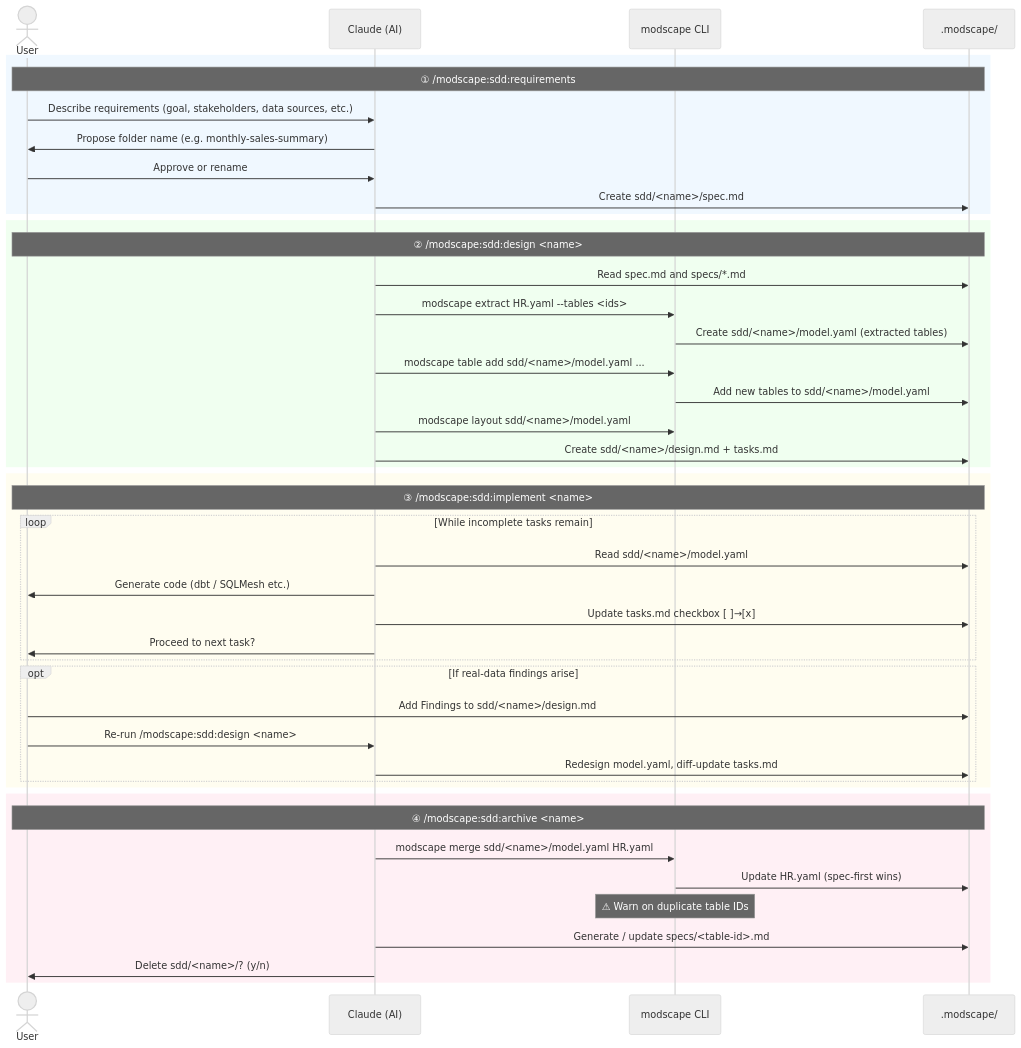
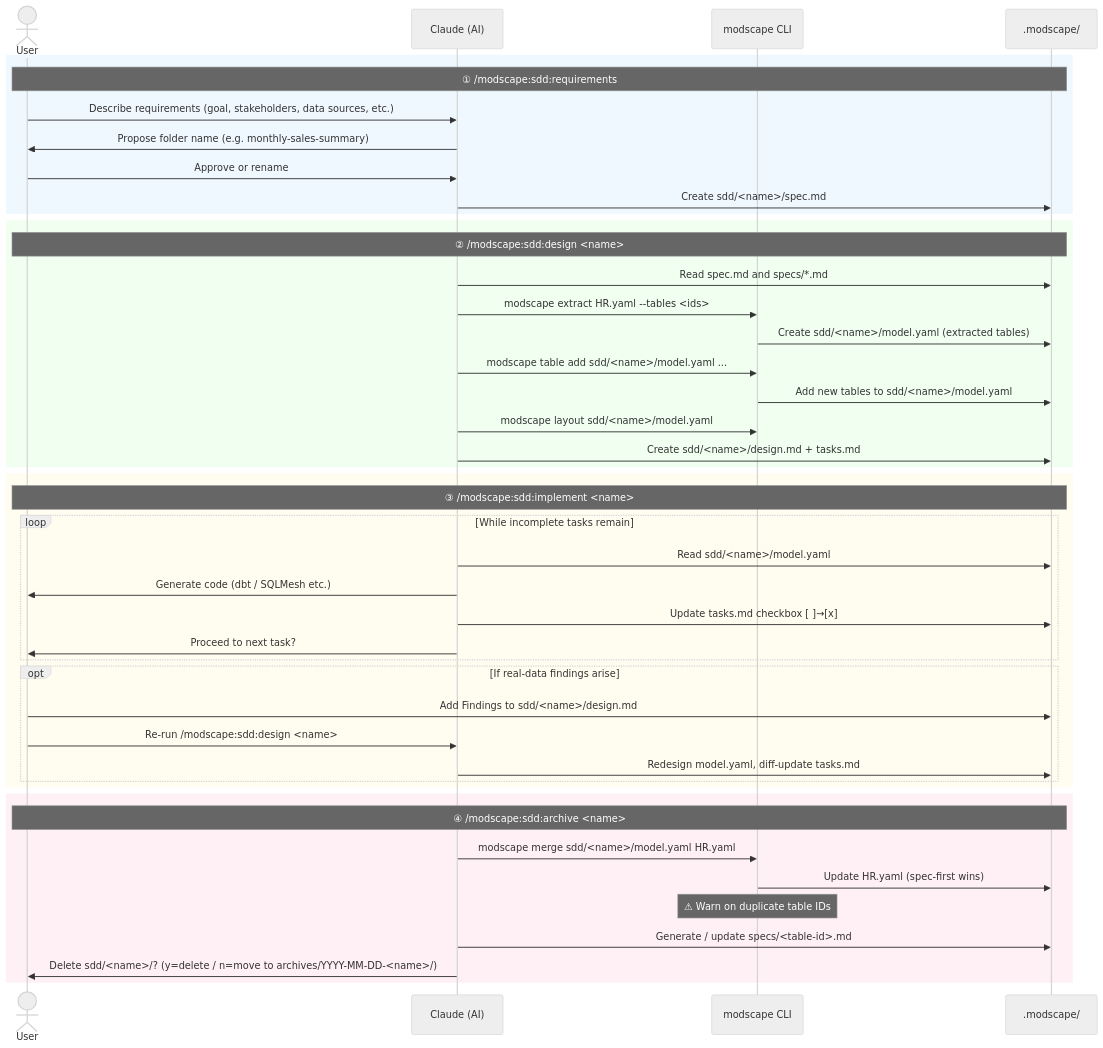
Before and after one commit to yujikawa/modscape: the diagram in README.md, drawn with Mermaid (neutral theme). The commit also changed other lines of this file and 2 other files, not shown here.

Commit message:
Modify archive

````diff
--- a/README.md
+++ b/README.md
@@ -561,50 +561,50 @@
 ```mermaid
 sequenceDiagram
     actor User
     participant AI as Claude (AI)
     participant CLI as modscape CLI
     participant FS as .modscape/
 
     rect rgb(240, 248, 255)
         Note over User,FS: ① /modscape:sdd:requirements
         User->>AI: Describe requirements (goal, stakeholders, data sources, etc.)
         AI->>User: Propose folder name (e.g. monthly-sales-summary)
         User->>AI: Approve or rename
         AI->>FS: Create sdd/<name>/spec.md
     end
 
     rect rgb(240, 255, 240)
         Note over User,FS: ② /modscape:sdd:design <name>
         AI->>FS: Read spec.md and specs/*.md
         AI->>CLI: modscape extract HR.yaml --tables <ids>
         CLI->>FS: Create sdd/<name>/model.yaml (extracted tables)
         AI->>CLI: modscape table add sdd/<name>/model.yaml ...
         CLI->>FS: Add new tables to sdd/<name>/model.yaml
         AI->>CLI: modscape layout sdd/<name>/model.yaml
         AI->>FS: Create sdd/<name>/design.md + tasks.md
     end
 
     rect rgb(255, 253, 240)
         Note over User,FS: ③ /modscape:sdd:implement <name>
         loop While incomplete tasks remain
             AI->>FS: Read sdd/<name>/model.yaml
             AI->>User: Generate code (dbt / SQLMesh etc.)
             AI->>FS: Update tasks.md checkbox [ ]→[x]
             AI->>User: Proceed to next task?
         end
         opt If real-data findings arise
             User->>FS: Add Findings to sdd/<name>/design.md
             User->>AI: Re-run /modscape:sdd:design <name>
             AI->>FS: Redesign model.yaml, diff-update tasks.md
         end
     end
 
     rect rgb(255, 240, 245)
         Note over User,FS: ④ /modscape:sdd:archive <name>
         AI->>CLI: modscape merge sdd/<name>/model.yaml HR.yaml
         CLI->>FS: Update HR.yaml (spec-first wins)
         Note over CLI: ⚠ Warn on duplicate table IDs
         AI->>FS: Generate / update specs/<table-id>.md
-        AI->>User: Delete sdd/<name>/? (y/n)
+        AI->>User: Delete sdd/<name>/? (y=delete / n=move to archives/YYYY-MM-DD-<name>/)
     end
 ```
````
